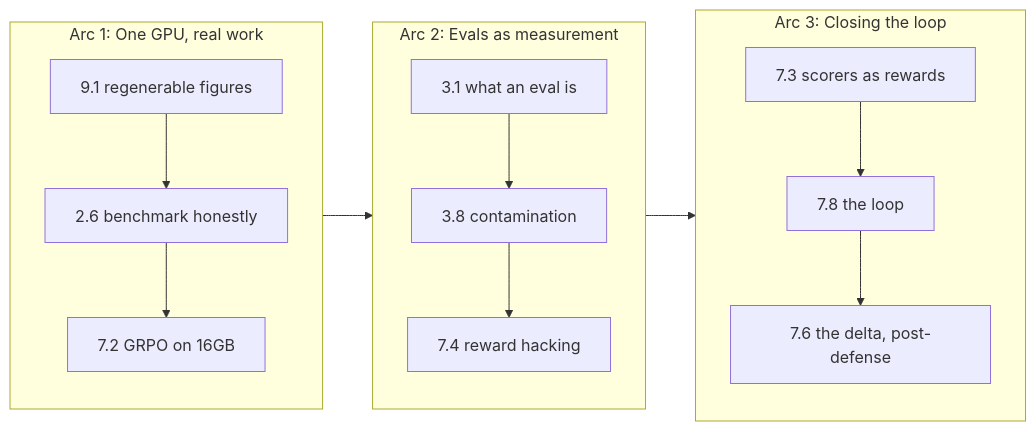
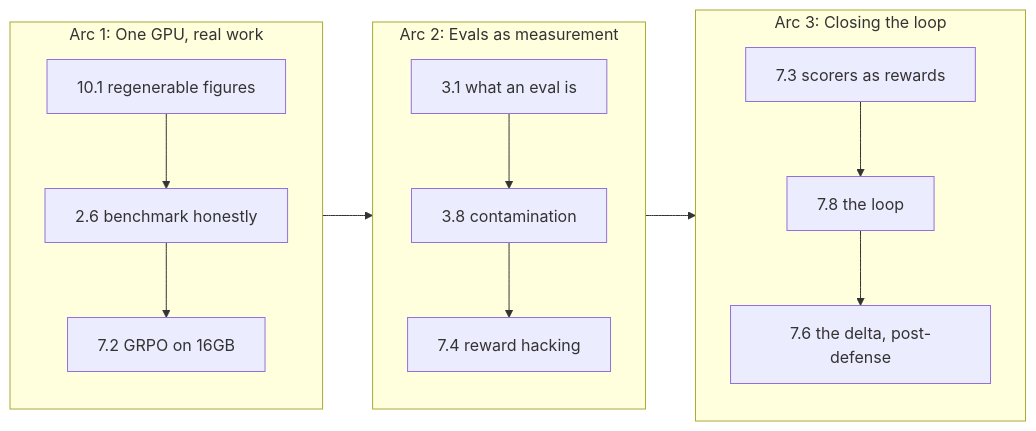
The diagram in book/src/p10-assembly/04-substack-map.md (tbar4/thesis-tech-stack), drawn with Mermaid before and after one commit. The commit also changed other lines of this file and 7 other files, not shown here.

````diff
--- a/book/src/p10-assembly/04-substack-map.md
+++ b/book/src/p10-assembly/04-substack-map.md
@@ -39,13 +39,13 @@
 ```mermaid
 flowchart LR
   subgraph A1[Arc 1: One GPU, real work]
-    P1[9.1 regenerable figures] --> P2[2.6 benchmark honestly] --> P3[7.2 GRPO on 16GB]
+    P1[10.1 regenerable figures] --> P2[2.6 benchmark honestly] --> P3[7.2 GRPO on 16GB]
   end
   subgraph A2[Arc 2: Evals as measurement]
     P4[3.1 what an eval is] --> P5[3.8 contamination] --> P6[7.4 reward hacking]
   end
   subgraph A3[Arc 3: Closing the loop]
     P7[7.3 scorers as rewards] --> P8[7.8 the loop] --> P9[7.6 the delta, post-defense]
   end
   A1 --> A2 --> A3
 ```
````
